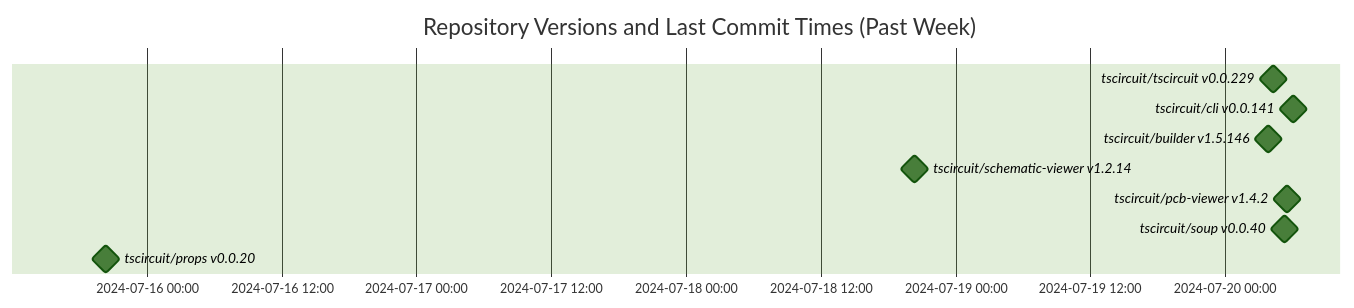
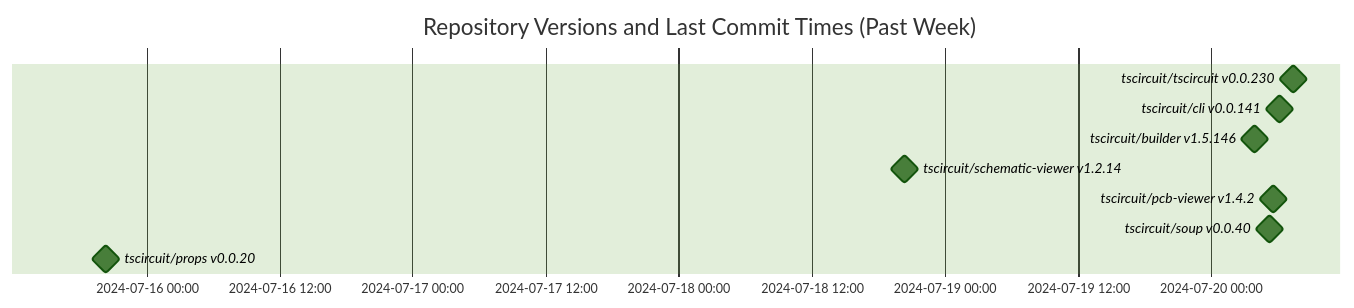
One commit to tscircuit/version-tracker changed the diagram in README.md. Above: the diagram before and after it, drawn with Mermaid (forest theme).

Commit message:
Update chart

````diff
--- a/README.md
+++ b/README.md
@@ -1,14 +1,14 @@
 ```mermaid
 gantt
   dateFormat  YYYY-MM-DD HH:mm:ss
   title Repository Versions and Last Commit Times (Past Week)
   axisFormat %Y-%m-%d %H:%M
 
-  tscircuit/tscircuit v0.0.229 : milestone, 2024-07-20 04:18:09, 1s
+  tscircuit/tscircuit v0.0.230 : milestone, 2024-07-20 07:24:12, 1s
   tscircuit/cli v0.0.141 : milestone, 2024-07-20 06:06:31, 1s
   tscircuit/builder v1.5.146 : milestone, 2024-07-20 03:52:26, 1s
   tscircuit/schematic-viewer v1.2.14 : milestone, 2024-07-18 20:20:40, 1s
   tscircuit/pcb-viewer v1.4.2 : milestone, 2024-07-20 05:34:23, 1s
   tscircuit/soup v0.0.40 : milestone, 2024-07-20 05:18:19, 1s
   tscircuit/props v0.0.20 : milestone, 2024-07-15 20:19:59, 1s
 ```
````
